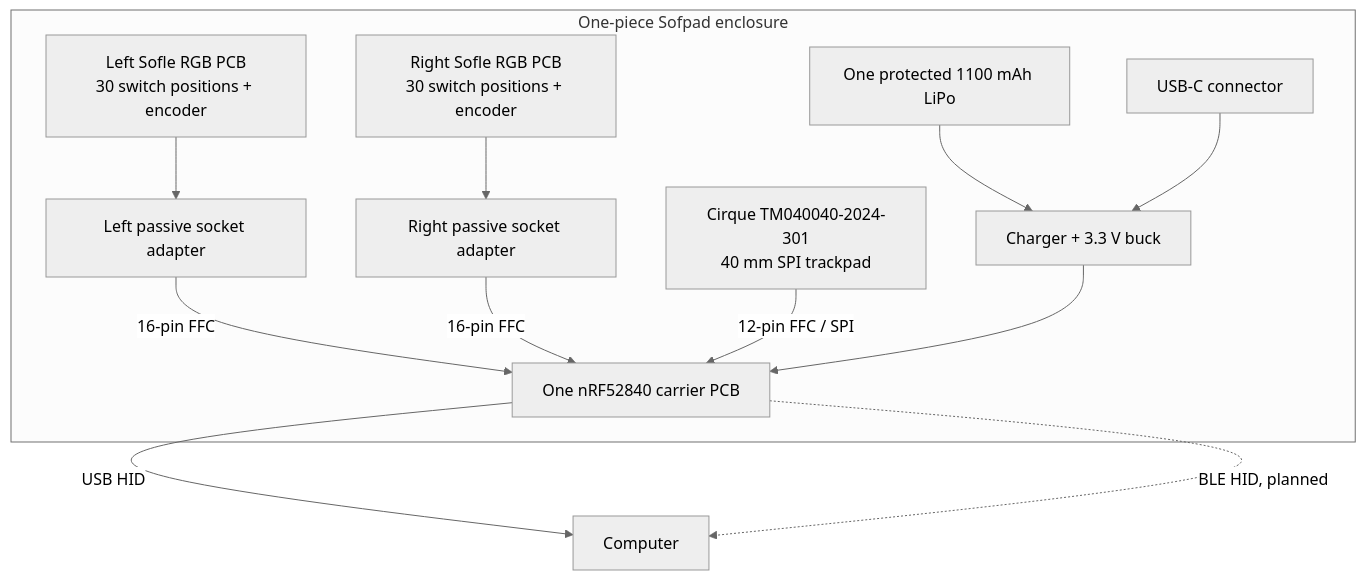
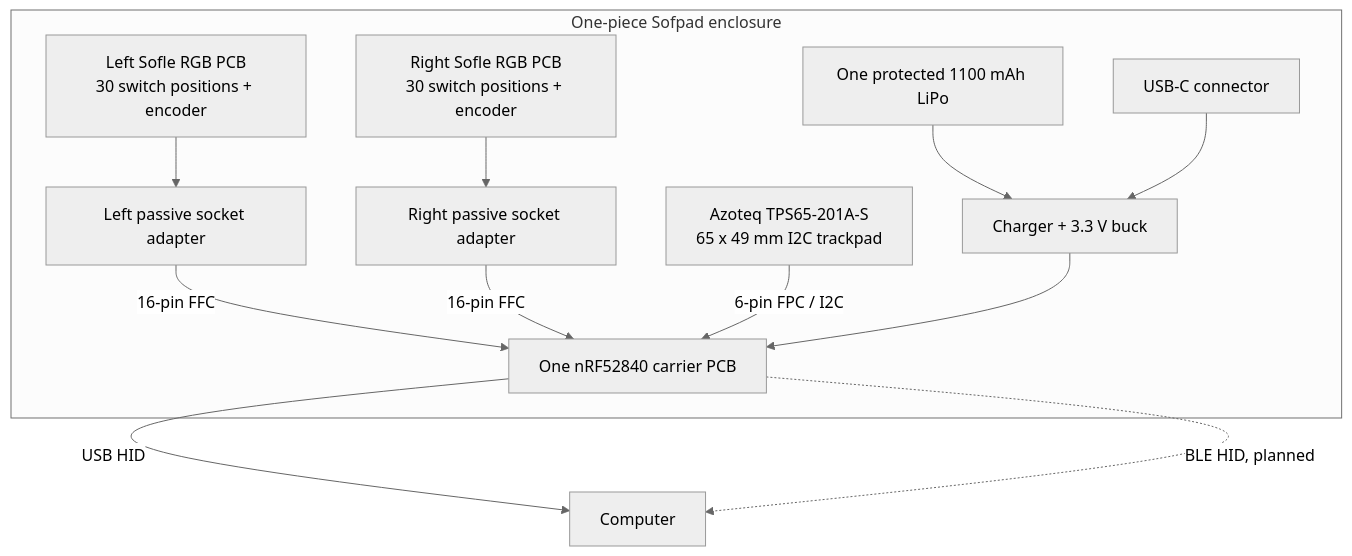
One commit to bhadkamkar9snehil/Sofpad changed the first of 2 diagrams in README.md. Above: the diagram before and after it, drawn with Mermaid (neutral theme). The commit also changed other lines of this file and 26 other files, not shown here.

Commit message:
Centre trackpad (TPS65), checks, README and renders in docs/images, design rules

````diff
--- a/README.md
+++ b/README.md
@@ -50,15 +57,15 @@
 ```mermaid
 flowchart TB
   subgraph CASE["One-piece Sofpad enclosure"]
     L["Left Sofle RGB PCB<br/>30 switch positions + encoder"] --> A["Left passive socket adapter"]
     R["Right Sofle RGB PCB<br/>30 switch positions + encoder"] --> B["Right passive socket adapter"]
     A -->|"16-pin FFC"| MCU["One nRF52840 carrier PCB"]
     B -->|"16-pin FFC"| MCU
-    PAD["Cirque TM040040-2024-301<br/>40 mm SPI trackpad"] -->|"12-pin FFC / SPI"| MCU
+    PAD["Azoteq TPS65-201A-S<br/>65 x 49 mm I2C trackpad"] -->|"6-pin FPC / I2C"| MCU
     CELL["One protected 1100 mAh LiPo"] --> PWR["Charger + 3.3 V buck"]
     USBC["USB-C connector"] --> PWR
     PWR --> MCU
   end
   MCU -->|"USB HID"| HOST["Computer"]
   MCU -.->|"BLE HID, planned"| HOST
 ```
````
